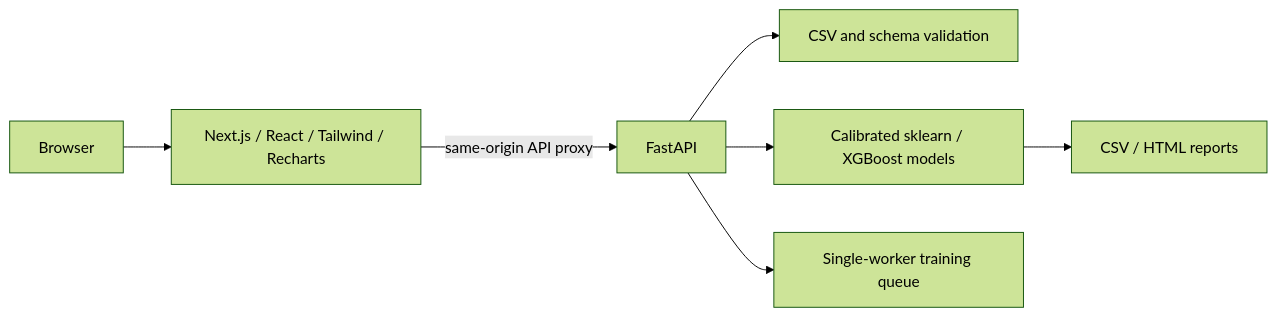
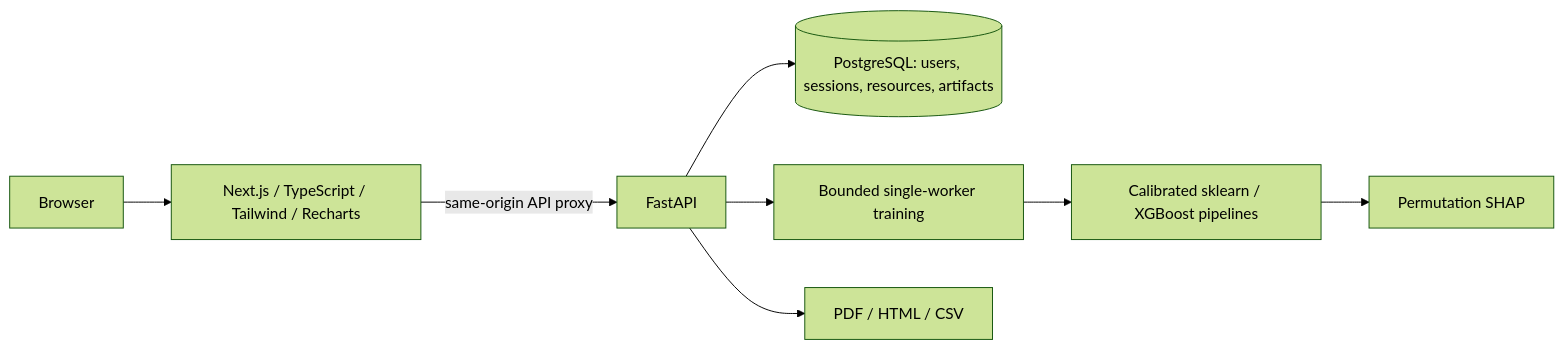
One commit to dastan4322/fraudshield-ai changed the diagram in README.md. Above: the diagram before and after it, drawn with Mermaid (forest theme). The commit also changed other lines of this file and 26 other files, not shown here.

Commit message:
feat: integrate account UI, PostgreSQL deployment and reproducible ML experiments

````diff
--- a/README.md
+++ b/README.md
@@ -24,9 +27,10 @@
 ```mermaid
 flowchart LR
-  Browser --> NextJS[Next.js / React / Tailwind / Recharts]
-  NextJS -->|same-origin API proxy| API[FastAPI]
-  API --> Validation[CSV and schema validation]
-  API --> Models[Calibrated sklearn / XGBoost models]
-  API --> Jobs[Single-worker training queue]
-  Models --> Reports[CSV / HTML reports]
+  Browser --> Next[Next.js / TypeScript / Tailwind / Recharts]
+  Next -->|same-origin API proxy| API[FastAPI]
+  API --> DB[(PostgreSQL: users, sessions, resources, artifacts)]
+  API --> Queue[Bounded single-worker training]
+  Queue --> Models[Calibrated sklearn / XGBoost pipelines]
+  Models --> SHAP[Permutation SHAP]
+  API --> Reports[PDF / HTML / CSV]
 ```
````
